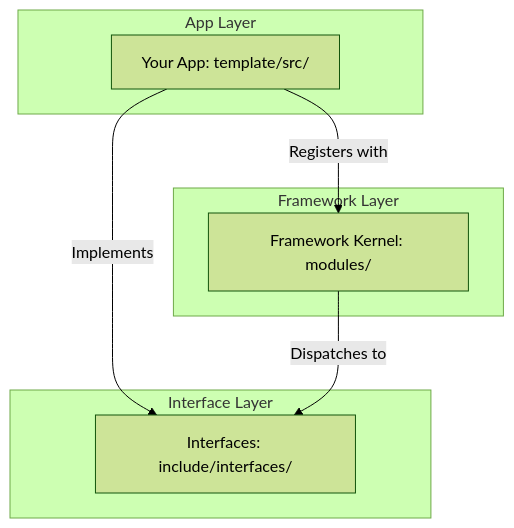
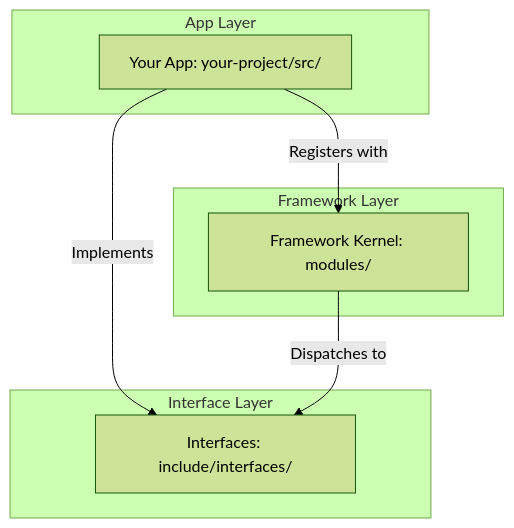
Before and after one commit to cblabs-org/esp32-app-foundation: the first of 3 diagrams in docs/developer/architecture-overview.md, drawn with Mermaid (forest theme). The commit also changed other lines of this file and 32 other files, not shown here.

````diff
--- a/docs/developer/architecture-overview.md
+++ b/docs/developer/architecture-overview.md
@@ -19,15 +19,15 @@
 ```mermaid
 graph TD
     subgraph App Layer
-        App[Your App: template/src/]
+        App[Your App: your-project/src/]
     end
     subgraph Interface Layer
         Ints[Interfaces: include/interfaces/]
     end
     subgraph Framework Layer
         Kernel[Framework Kernel: modules/]
     end
     App -->|Implements| Ints
     Kernel -->|Dispatches to| Ints
     App -->|Registers with| Kernel
 ```
````
